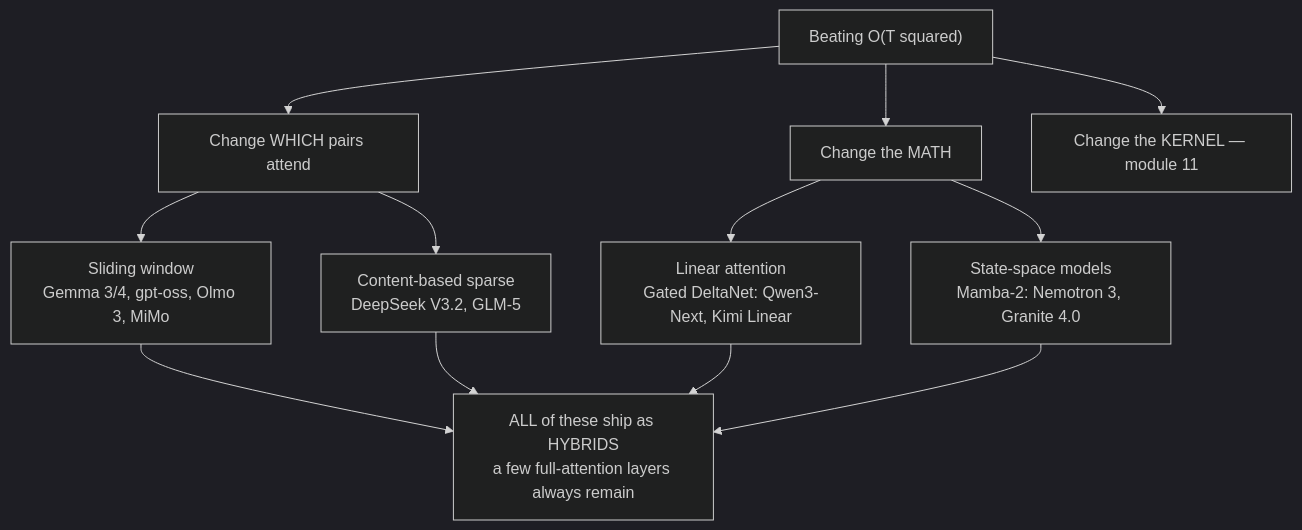
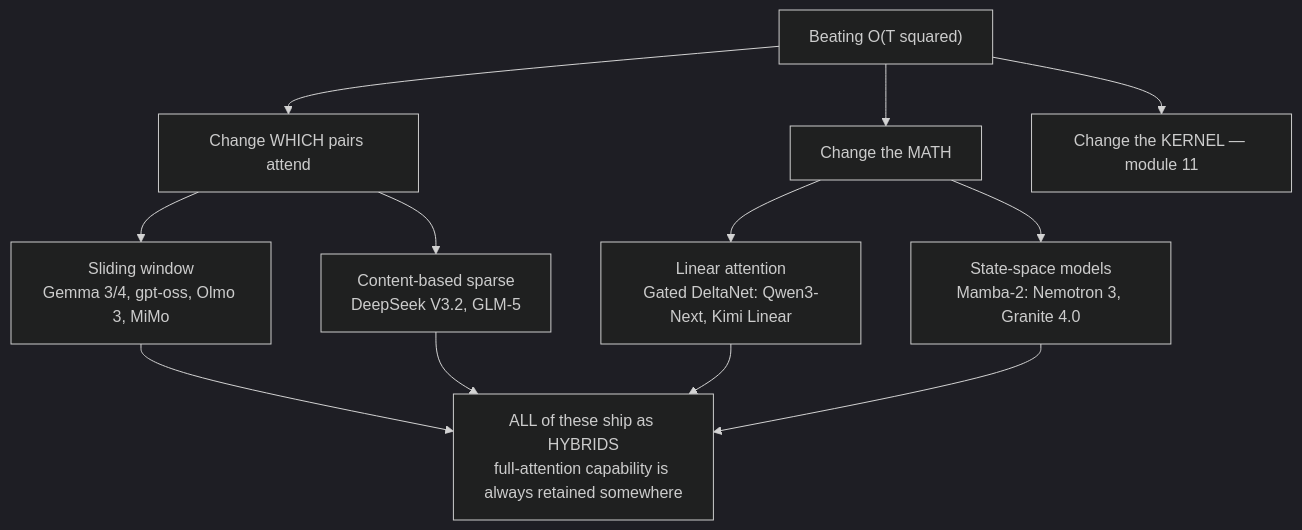
Before and after one commit to alliedbrother/ml-interview-notes: the sixth of 6 diagrams in content/courses/transformers/10-sparse-and-long-context.md, drawn with Mermaid (dark theme). The commit also changed 7 other files, not shown here.

````diff
--- a/content/courses/transformers/10-sparse-and-long-context.md
+++ b/content/courses/transformers/10-sparse-and-long-context.md
@@ -409,14 +409,14 @@
 ```mermaid
 flowchart TD
     ROOT["Beating O(T squared)"] --> P["Change WHICH pairs attend"]
     ROOT --> M["Change the MATH"]
     ROOT --> K["Change the KERNEL — module 11"]
     P --> SW["Sliding window<br/>Gemma 3/4, gpt-oss, Olmo 3, MiMo"]
     P --> SPARSE["Content-based sparse<br/>DeepSeek V3.2, GLM-5"]
     M --> LIN["Linear attention<br/>Gated DeltaNet: Qwen3-Next, Kimi Linear"]
     M --> SSM["State-space models<br/>Mamba-2: Nemotron 3, Granite 4.0"]
-    SW --> HY["ALL of these ship as HYBRIDS<br/>a few full-attention layers always remain"]
+    SW --> HY["ALL of these ship as HYBRIDS<br/>full-attention capability is always retained somewhere"]
     SPARSE --> HY
     LIN --> HY
     SSM --> HY
 ```
````
